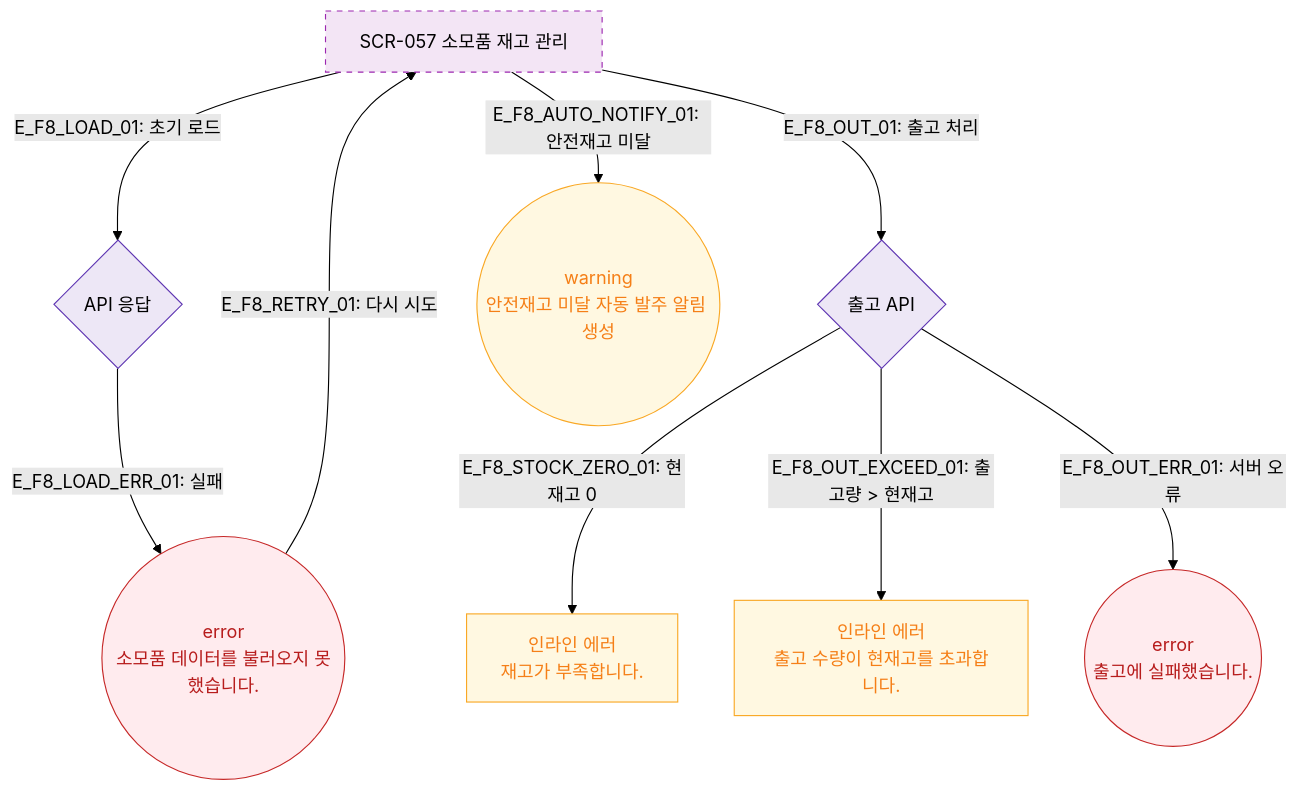
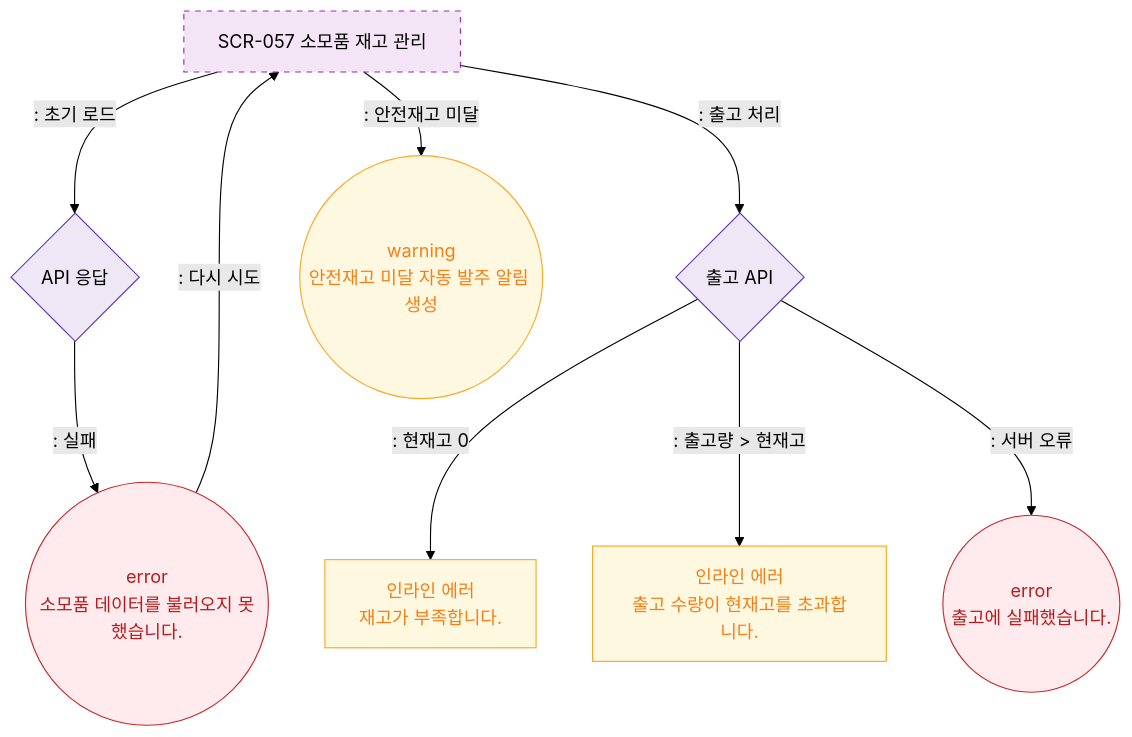
One commit to dev-spogym/admin-pando changed the diagram in docs/다이어그램/D06_시설관리/SCR-057_소모품재고관리/F8_에러.md. Above: the diagram before and after it, drawn with Mermaid (forest theme). The commit also changed other lines of this file and 1660 other files, not shown here.

First line of the commit message:
다이어그램: 기획자/클라이언트 납품본으로 정리

````diff
--- a/docs/다이어그램/D06_시설관리/SCR-057_소모품재고관리/F8_에러.md
+++ b/docs/다이어그램/D06_시설관리/SCR-057_소모품재고관리/F8_에러.md
@@ -16,24 +14,24 @@
 ```mermaid
 flowchart TD
     SCR_057[SCR-057 소모품 재고 관리]
 
-    SCR_057 -->|"E_F8_LOAD_01: 초기 로드"| LoadAPI{API 응답}
-    LoadAPI -->|"E_F8_LOAD_ERR_01: 실패"| ErrLoad((error\n소모품 데이터를 불러오지 못했습니다.))
-    ErrLoad -->|"E_F8_RETRY_01: 다시 시도"| SCR_057
+    SCR_057 -->|": 초기 로드"|LoadAPI{API 응답}
+    LoadAPI -->|": 실패"|ErrLoad((error\n소모품 데이터를 불러오지 못했습니다.))
+    ErrLoad -->|": 다시 시도"|SCR_057
 
-    SCR_057 -->|"E_F8_OUT_01: 출고 처리"| OutAPI{출고 API}
-    OutAPI -->|"E_F8_STOCK_ZERO_01: 현재고 0"| ErrZero[인라인 에러\n재고가 부족합니다.]
-    OutAPI -->|"E_F8_OUT_EXCEED_01: 출고량 > 현재고"| ErrExceed[인라인 에러\n출고 수량이 현재고를 초과합니다.]
-    OutAPI -->|"E_F8_OUT_ERR_01: 서버 오류"| ErrOut((error\n출고에 실패했습니다.))
+    SCR_057 -->|": 출고 처리"|OutAPI{출고 API}
+    OutAPI -->|": 현재고 0"|ErrZero[인라인 에러\n재고가 부족합니다.]
+    OutAPI -->|": 출고량 > 현재고"|ErrExceed[인라인 에러\n출고 수량이 현재고를 초과합니다.]
+    OutAPI -->|": 서버 오류"|ErrOut((error\n출고에 실패했습니다.))
 
-    SCR_057 -->|"E_F8_AUTO_NOTIFY_01: 안전재고 미달"| AutoNotify((warning\n안전재고 미달 자동 발주 알림 생성))
+    SCR_057 -->|": 안전재고 미달"|AutoNotify((warning\n안전재고 미달 자동 발주 알림 생성))
 
     classDef newFeature fill:#F3E5F5,stroke:#9C27B0,stroke-dasharray:5 5
     classDef error fill:#FFEBEE,stroke:#C62828,color:#B71C1C
     classDef warning fill:#FFF8E1,stroke:#F9A825,color:#F57F17
     classDef system fill:#EDE7F6,stroke:#5E35B2
     class SCR_057 newFeature
     class ErrLoad,ErrOut error
     class ErrZero,ErrExceed,AutoNotify warning
     class LoadAPI,OutAPI system
 ```
````
